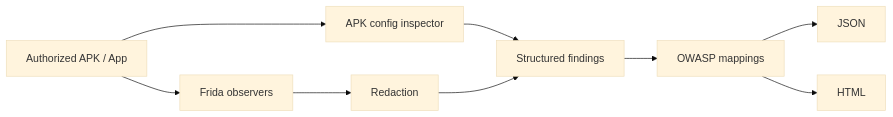
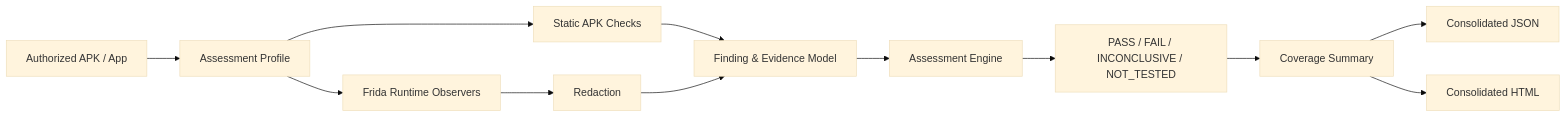
One commit to oktorio/MobileAuditKit changed the diagram in README.md. Above: the diagram before and after it, drawn with Mermaid (base theme). The commit also changed other lines of this file and 12 other files, not shown here.

First line of the commit message:
Implement MobileAuditKit v0.3.0 Assessment Engine

````diff
--- a/README.md
+++ b/README.md
@@ -53,11 +140,14 @@
 ```mermaid
 flowchart LR
-    A[Authorized APK / App] --> F[Frida observers]
-    A --> S[APK config inspector]
+    A[Authorized APK / App] --> P[Assessment Profile]
+    P --> S[Static APK Checks]
+    P --> F[Frida Runtime Observers]
+    S --> E[Finding & Evidence Model]
     F --> R[Redaction]
-    S --> P[Structured findings]
-    R --> P
-    P --> M[OWASP mappings]
-    M --> J[JSON]
-    M --> H[HTML]
+    R --> E
+    E --> V[Assessment Engine]
+    V --> X[PASS / FAIL / INCONCLUSIVE / NOT_TESTED]
+    X --> C[Coverage Summary]
+    C --> J[Consolidated JSON]
+    C --> H[Consolidated HTML]
 ```
````
